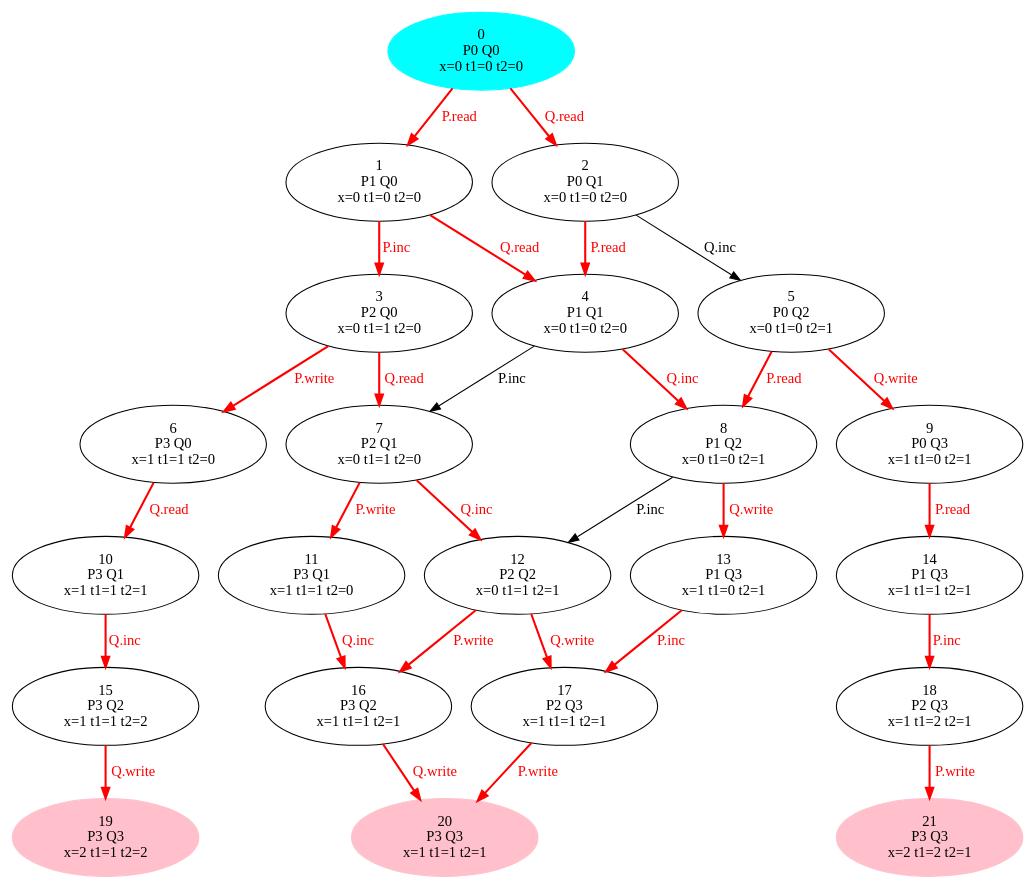
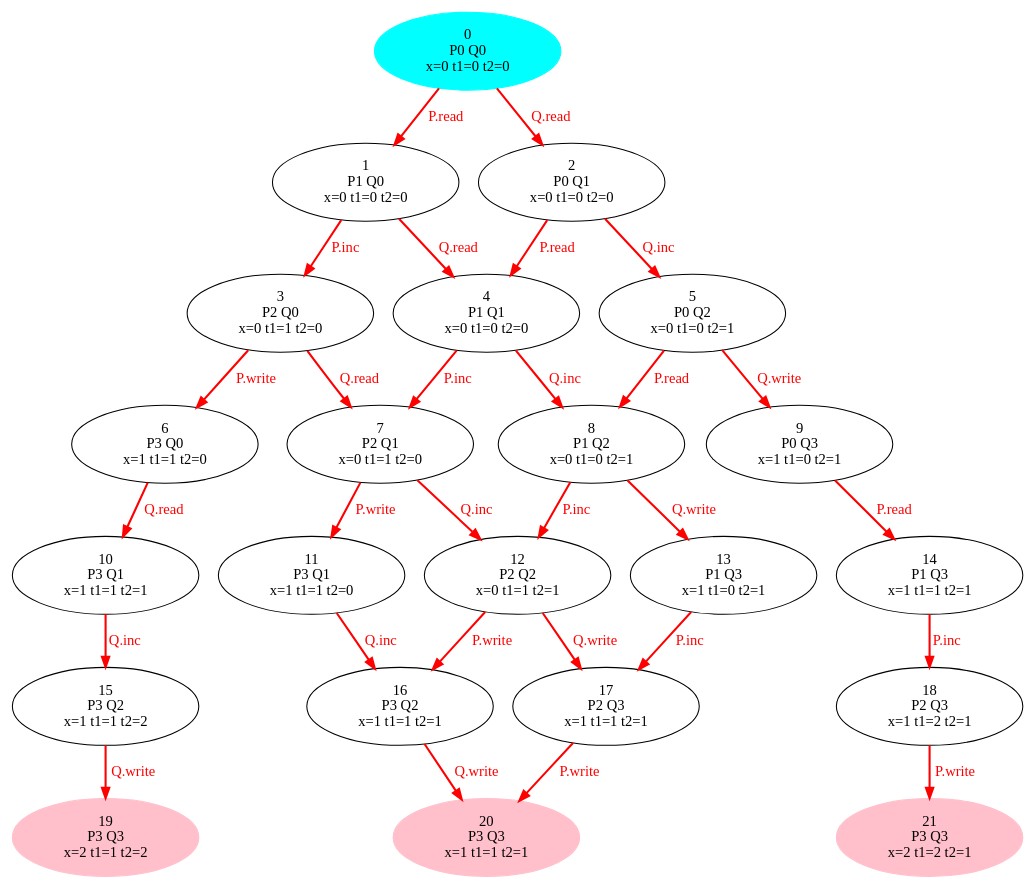
The diagram in ref/m_inc2.dot (4ge32/rddsv), drawn with Graphviz before and after one commit. The commit also changed 2 other files, not shown here.

```diff
--- a/ref/m_inc2.dot
+++ b/ref/m_inc2.dot
@@ -1,52 +1,52 @@
 digraph {
 0 [label="0\nP0 Q0 \nx=0 t1=0 t2=0"color=cyan, style=filled];
 1 [label="1\nP1 Q0 \nx=0 t1=0 t2=0"];
 2 [label="2\nP0 Q1 \nx=0 t1=0 t2=0"];
 3 [label="3\nP2 Q0 \nx=0 t1=1 t2=0"];
 4 [label="4\nP1 Q1 \nx=0 t1=0 t2=0"];
 5 [label="5\nP0 Q2 \nx=0 t1=0 t2=1"];
 6 [label="6\nP3 Q0 \nx=1 t1=1 t2=0"];
 7 [label="7\nP2 Q1 \nx=0 t1=1 t2=0"];
 8 [label="8\nP1 Q2 \nx=0 t1=0 t2=1"];
 9 [label="9\nP0 Q3 \nx=1 t1=0 t2=1"];
 10 [label="10\nP3 Q1 \nx=1 t1=1 t2=1"];
 11 [label="11\nP3 Q1 \nx=1 t1=1 t2=0"];
 12 [label="12\nP2 Q2 \nx=0 t1=1 t2=1"];
 13 [label="13\nP1 Q3 \nx=1 t1=0 t2=1"];
 14 [label="14\nP1 Q3 \nx=1 t1=1 t2=1"];
 15 [label="15\nP3 Q2 \nx=1 t1=1 t2=2"];
 16 [label="16\nP3 Q2 \nx=1 t1=1 t2=1"];
 17 [label="17\nP2 Q3 \nx=1 t1=1 t2=1"];
 18 [label="18\nP2 Q3 \nx=1 t1=2 t2=1"];
 19 [label="19\nP3 Q3 \nx=2 t1=1 t2=2"color=pink, style=filled];
 20 [label="20\nP3 Q3 \nx=1 t1=1 t2=1"color=pink, style=filled];
 21 [label="21\nP3 Q3 \nx=2 t1=2 t2=1"color=pink, style=filled];
 0 -> 1 [label="P.read"color=red,fontcolor=red,weight=2,penwidth=2];
+0 -> 2 [label="Q.read"color=red,fontcolor=red,weight=2,penwidth=2];
+1 -> 3 [label="P.inc"color=red,fontcolor=red,weight=2,penwidth=2];
+1 -> 4 [label="Q.read"color=red,fontcolor=red,weight=2,penwidth=2];
+2 -> 4 [label="P.read"color=red,fontcolor=red,weight=2,penwidth=2];
+2 -> 5 [label="Q.inc"color=red,fontcolor=red,weight=2,penwidth=2];
+3 -> 6 [label="P.write"color=red,fontcolor=red,weight=2,penwidth=2];
+3 -> 7 [label="Q.read"color=red,fontcolor=red,weight=2,penwidth=2];
+4 -> 7 [label="P.inc"color=red,fontcolor=red,weight=2,penwidth=2];
+4 -> 8 [label="Q.inc"color=red,fontcolor=red,weight=2,penwidth=2];
+5 -> 8 [label="P.read"color=red,fontcolor=red,weight=2,penwidth=2];
+5 -> 9 [label="Q.write"color=red,fontcolor=red,weight=2,penwidth=2];
+6 -> 10 [label="Q.read"color=red,fontcolor=red,weight=2,penwidth=2];
+7 -> 11 [label="P.write"color=red,fontcolor=red,weight=2,penwidth=2];
 7 -> 12 [label="Q.inc"color=red,fontcolor=red,weight=2,penwidth=2];
+8 -> 12 [label="P.inc"color=red,fontcolor=red,weight=2,penwidth=2];
+8 -> 13 [label="Q.write"color=red,fontcolor=red,weight=2,penwidth=2];
+9 -> 14 [label="P.read"color=red,fontcolor=red,weight=2,penwidth=2];
+10 -> 15 [label="Q.inc"color=red,fontcolor=red,weight=2,penwidth=2];
+11 -> 16 [label="Q.inc"color=red,fontcolor=red,weight=2,penwidth=2];
+12 -> 16 [label="P.write"color=red,fontcolor=red,weight=2,penwidth=2];
+12 -> 17 [label="Q.write"color=red,fontcolor=red,weight=2,penwidth=2];
+13 -> 17 [label="P.inc"color=red,fontcolor=red,weight=2,penwidth=2];
 14 -> 18 [label="P.inc"color=red,fontcolor=red,weight=2,penwidth=2];
-9 -> 14 [label="P.read"color=red,fontcolor=red,weight=2,penwidth=2];
-11 -> 16 [label="Q.inc"color=red,fontcolor=red,weight=2,penwidth=2];
-12 -> 17 [label="Q.write"color=red,fontcolor=red,weight=2,penwidth=2];
+15 -> 19 [label="Q.write"color=red,fontcolor=red,weight=2,penwidth=2];
+16 -> 20 [label="Q.write"color=red,fontcolor=red,weight=2,penwidth=2];
+17 -> 20 [label="P.write"color=red,fontcolor=red,weight=2,penwidth=2];
 18 -> 21 [label="P.write"color=red,fontcolor=red,weight=2,penwidth=2];
-17 -> 20 [label="P.write"color=red,fontcolor=red,weight=2,penwidth=2];
-15 -> 19 [label="Q.write"color=red,fontcolor=red,weight=2,penwidth=2];
-13 -> 17 [label="P.inc"color=red,fontcolor=red,weight=2,penwidth=2];
-8 -> 13 [label="Q.write"color=red,fontcolor=red,weight=2,penwidth=2];
-5 -> 8 [label="P.read"color=red,fontcolor=red,weight=2,penwidth=2];
-12 -> 16 [label="P.write"color=red,fontcolor=red,weight=2,penwidth=2];
-3 -> 6 [label="P.write"color=red,fontcolor=red,weight=2,penwidth=2];
-10 -> 15 [label="Q.inc"color=red,fontcolor=red,weight=2,penwidth=2];
-3 -> 7 [label="Q.read"color=red,fontcolor=red,weight=2,penwidth=2];
-2 -> 5 [label="Q.inc"];
-16 -> 20 [label="Q.write"color=red,fontcolor=red,weight=2,penwidth=2];
-5 -> 9 [label="Q.write"color=red,fontcolor=red,weight=2,penwidth=2];
-1 -> 4 [label="Q.read"color=red,fontcolor=red,weight=2,penwidth=2];
-1 -> 3 [label="P.inc"color=red,fontcolor=red,weight=2,penwidth=2];
-4 -> 8 [label="Q.inc"color=red,fontcolor=red,weight=2,penwidth=2];
-6 -> 10 [label="Q.read"color=red,fontcolor=red,weight=2,penwidth=2];
-4 -> 7 [label="P.inc"];
-2 -> 4 [label="P.read"color=red,fontcolor=red,weight=2,penwidth=2];
-8 -> 12 [label="P.inc"];
-7 -> 11 [label="P.write"color=red,fontcolor=red,weight=2,penwidth=2];
-0 -> 2 [label="Q.read"color=red,fontcolor=red,weight=2,penwidth=2];
 }
```
